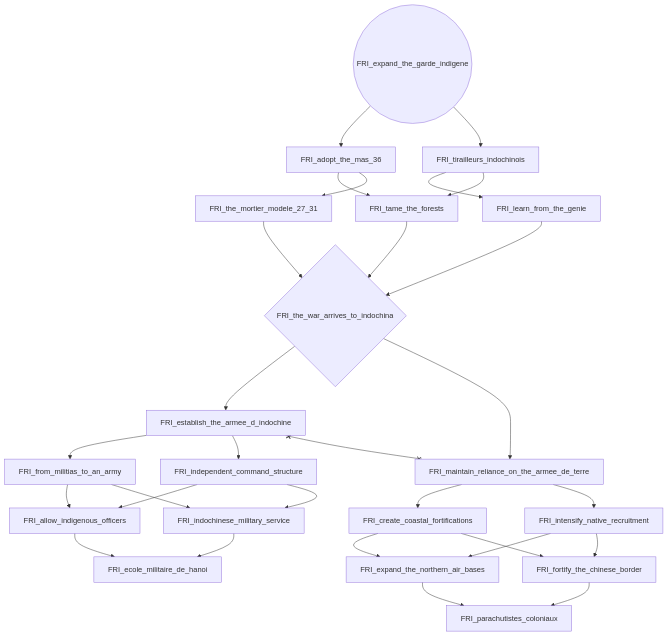
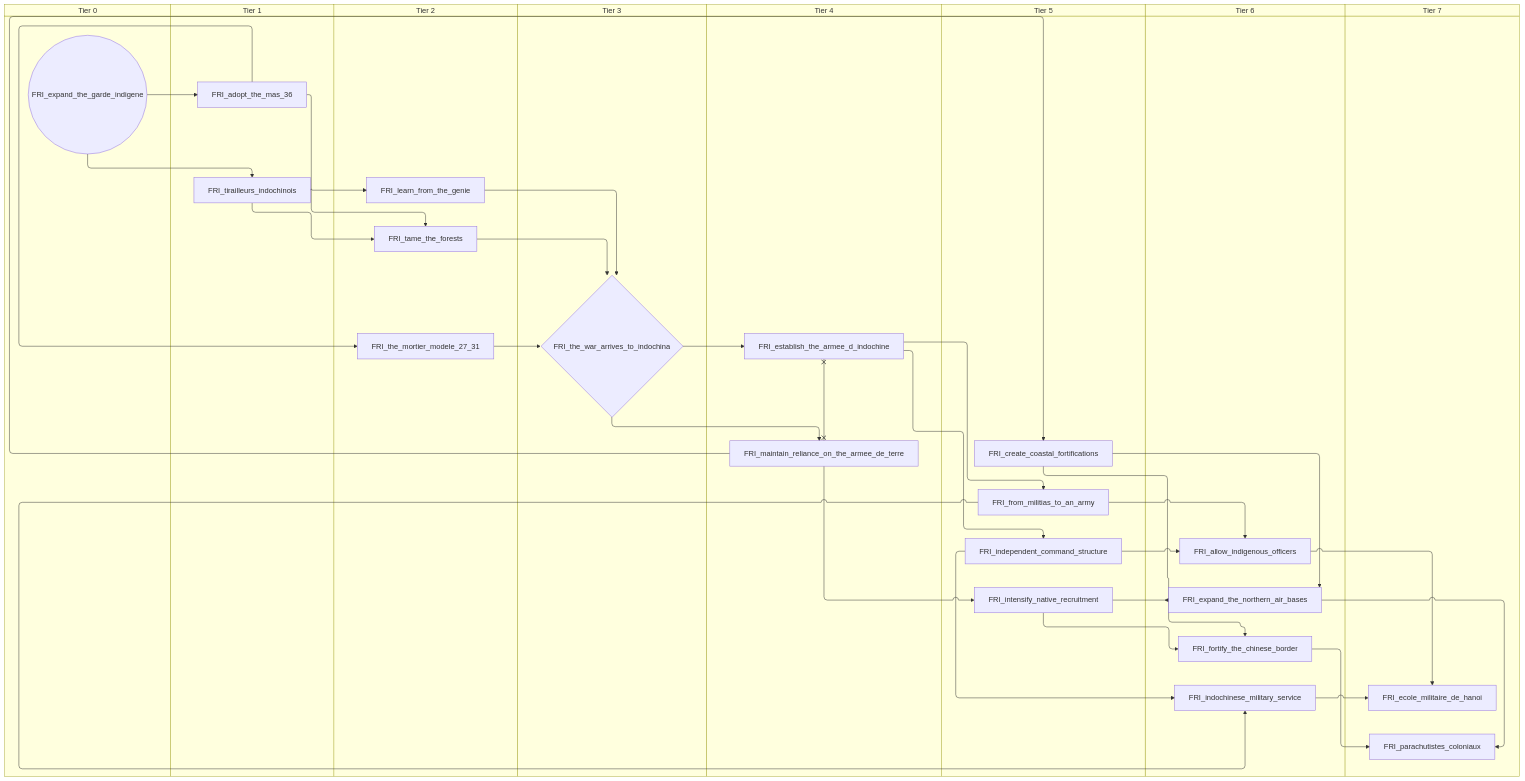
The second of 6 diagrams in docs/gdd/National Focuses/FrenchIndochina.md (evgeny-sobol/hoi4-sandbox-mode-r56), drawn with Mermaid before and after one commit. The commit also changed other lines of this file and 423 other files, not shown here.

First line of the commit message:
Re-export Rt56 focus trees as swimlane diagrams

````diff
--- a/docs/gdd/National Focuses/FrenchIndochina.md
+++ b/docs/gdd/National Focuses/FrenchIndochina.md
@@ -34,50 +46,66 @@
 ```mermaid
-flowchart TD
-    n13["FRI_adopt_the_mas_36"]
-    n14["FRI_allow_indigenous_officers"]
-    n15["FRI_create_coastal_fortifications"]
-    n16["FRI_ecole_militaire_de_hanoi"]
-    n17["FRI_establish_the_armee_d_indochine"]
-    n18(("FRI_expand_the_garde_indigene"))
-    n19["FRI_expand_the_northern_air_bases"]
-    n20["FRI_fortify_the_chinese_border"]
-    n21["FRI_from_militias_to_an_army"]
-    n22["FRI_independent_command_structure"]
-    n23["FRI_indochinese_military_service"]
-    n24["FRI_intensify_native_recruitment"]
-    n25["FRI_learn_from_the_genie"]
-    n26["FRI_maintain_reliance_on_the_armee_de_terre"]
-    n27["FRI_parachutistes_coloniaux"]
-    n28["FRI_tame_the_forests"]
-    n29["FRI_the_mortier_modele_27_31"]
-    n30{"FRI_the_war_arrives_to_indochina"}
-    n31["FRI_tirailleurs_indochinois"]
-    n18 --> n13
-    n22 --> n14
-    n21 --> n14
-    n26 --> n15
-    n14 --> n16
-    n23 --> n16
-    n30 --> n17
-    n15 --> n19
-    n24 --> n19
-    n24 --> n20
-    n15 --> n20
-    n17 --> n21
-    n17 --> n22
-    n22 --> n23
-    n21 --> n23
-    n26 --> n24
-    n31 --> n25
-    n30 --> n26
-    n19 --> n27
-    n20 --> n27
-    n31 --> n28
-    n13 --> n28
-    n13 --> n29
+swimlane-beta TD
+    subgraph tier_0["Tier 0"]
+        n13(("FRI_expand_the_garde_indigene"))
+    end
+    subgraph tier_1["Tier 1"]
+        n14["FRI_adopt_the_mas_36"]
+        n15["FRI_tirailleurs_indochinois"]
+    end
+    subgraph tier_2["Tier 2"]
+        n16["FRI_learn_from_the_genie"]
+        n17["FRI_tame_the_forests"]
+        n18["FRI_the_mortier_modele_27_31"]
+    end
+    subgraph tier_3["Tier 3"]
+        n19{"FRI_the_war_arrives_to_indochina"}
+    end
+    subgraph tier_4["Tier 4"]
+        n20["FRI_establish_the_armee_d_indochine"]
+        n21["FRI_maintain_reliance_on_the_armee_de_terre"]
+    end
+    subgraph tier_5["Tier 5"]
+        n22["FRI_create_coastal_fortifications"]
+        n23["FRI_from_militias_to_an_army"]
+        n24["FRI_independent_command_structure"]
+        n25["FRI_intensify_native_recruitment"]
+    end
+    subgraph tier_6["Tier 6"]
+        n26["FRI_allow_indigenous_officers"]
+        n27["FRI_expand_the_northern_air_bases"]
+        n28["FRI_fortify_the_chinese_border"]
+        n29["FRI_indochinese_military_service"]
+    end
+    subgraph tier_7["Tier 7"]
+        n30["FRI_ecole_militaire_de_hanoi"]
+        n31["FRI_parachutistes_coloniaux"]
+    end
+    n13 --> n14
+    n24 --> n26
+    n23 --> n26
+    n21 --> n22
+    n26 --> n30
     n29 --> n30
-    n28 --> n30
-    n25 --> n30
-    n18 --> n31
-    n17 x--x n26
+    n19 --> n20
+    n22 --> n27
+    n25 --> n27
+    n25 --> n28
+    n22 --> n28
+    n20 --> n23
+    n20 --> n24
+    n24 --> n29
+    n23 --> n29
+    n21 --> n25
+    n15 --> n16
+    n19 --> n21
+    n27 --> n31
+    n28 --> n31
+    n15 --> n17
+    n14 --> n17
+    n14 --> n18
+    n18 --> n19
+    n17 --> n19
+    n16 --> n19
+    n13 --> n15
+    n20 x--x n21
 ```
````
